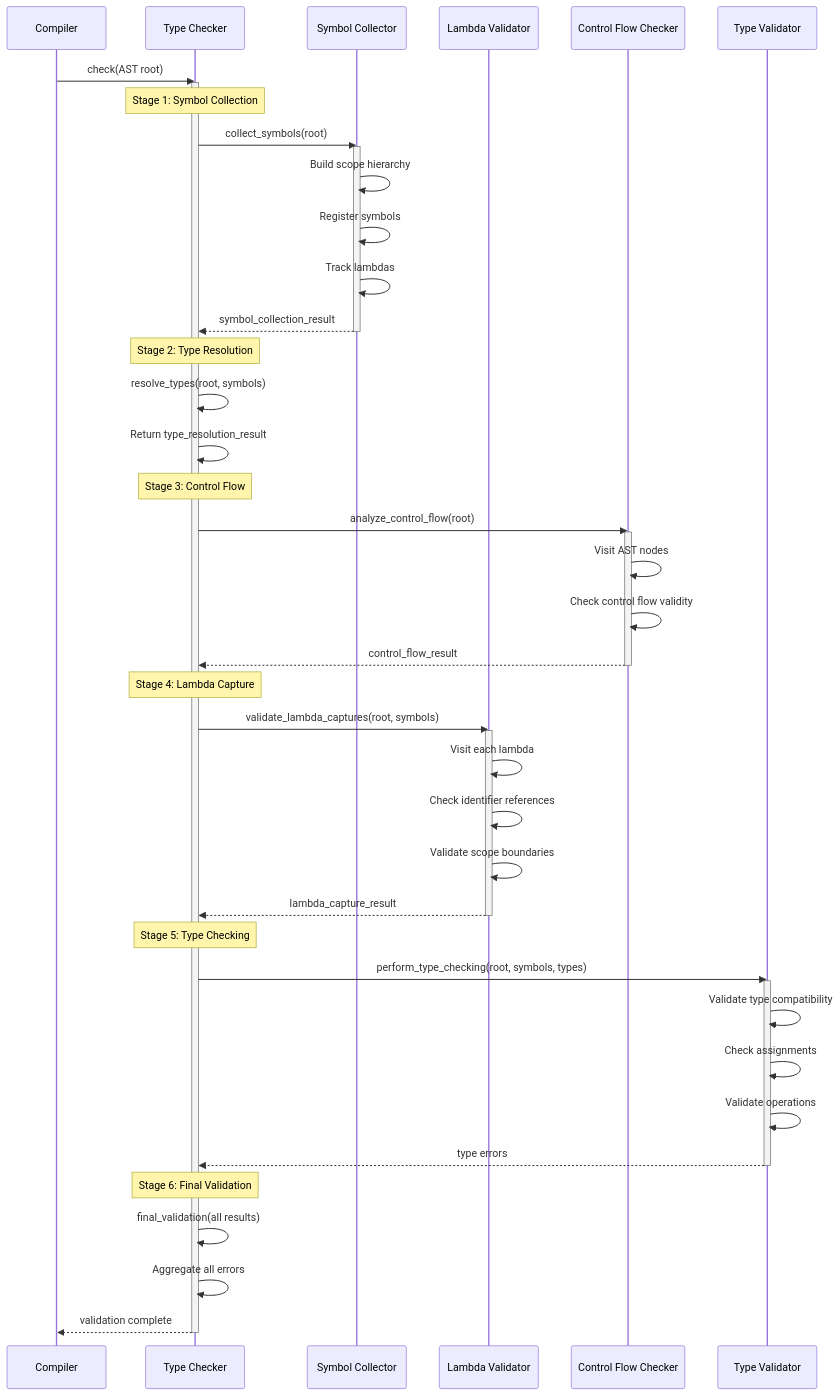
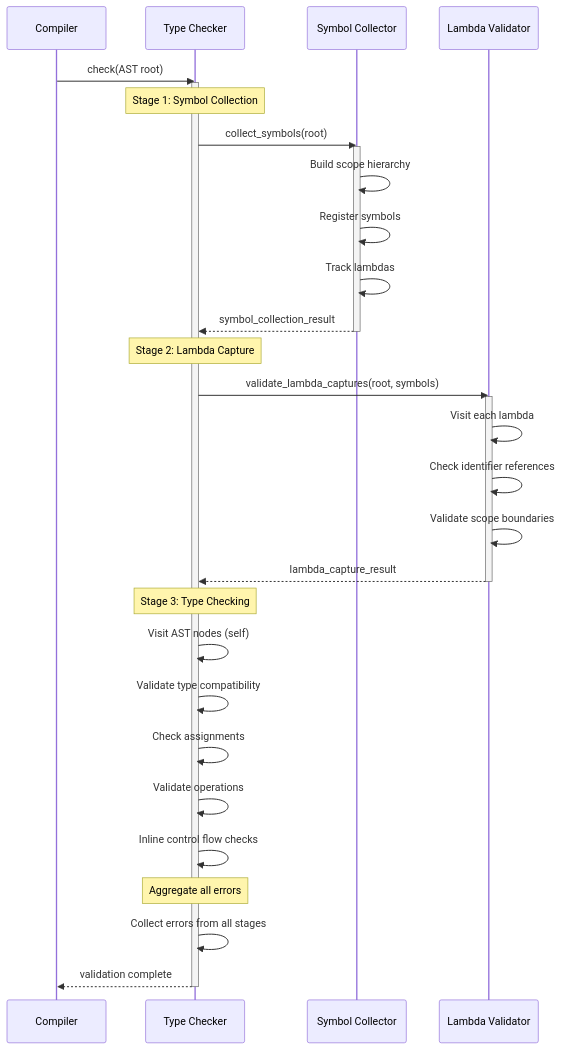
One commit to bosley/truk changed the second of 9 diagrams in docs/impl/typechecker.md. Above: the diagram before and after it, drawn with Mermaid. The commit also changed other lines of this file and 2 other files, not shown here.

````diff
--- a/docs/impl/typechecker.md
+++ b/docs/impl/typechecker.md
@@ -33,58 +27,41 @@
 ```mermaid
 sequenceDiagram
     participant Client as Compiler
     participant TC as Type Checker
     participant SC as Symbol Collector
     participant LV as Lambda Validator
-    participant CF as Control Flow Checker
-    participant TV as Type Validator
     
     Client->>TC: check(AST root)
     activate TC
     
     Note over TC: Stage 1: Symbol Collection
     TC->>SC: collect_symbols(root)
     activate SC
     SC->>SC: Build scope hierarchy
     SC->>SC: Register symbols
     SC->>SC: Track lambdas
     SC-->>TC: symbol_collection_result
     deactivate SC
     
-    Note over TC: Stage 2: Type Resolution
-    TC->>TC: resolve_types(root, symbols)
-    TC->>TC: Return type_resolution_result
-    
-    Note over TC: Stage 3: Control Flow
-    TC->>CF: analyze_control_flow(root)
-    activate CF
-    CF->>CF: Visit AST nodes
-    CF->>CF: Check control flow validity
-    CF-->>TC: control_flow_result
-    deactivate CF
-    
-    Note over TC: Stage 4: Lambda Capture
+    Note over TC: Stage 2: Lambda Capture
     TC->>LV: validate_lambda_captures(root, symbols)
     activate LV
     LV->>LV: Visit each lambda
     LV->>LV: Check identifier references
     LV->>LV: Validate scope boundaries
     LV-->>TC: lambda_capture_result
     deactivate LV
     
-    Note over TC: Stage 5: Type Checking
-    TC->>TV: perform_type_checking(root, symbols, types)
-    activate TV
-    TV->>TV: Validate type compatibility
-    TV->>TV: Check assignments
-    TV->>TV: Validate operations
-    TV-->>TC: type errors
-    deactivate TV
+    Note over TC: Stage 3: Type Checking
+    TC->>TC: Visit AST nodes (self)
+    TC->>TC: Validate type compatibility
+    TC->>TC: Check assignments
+    TC->>TC: Validate operations
+    TC->>TC: Inline control flow checks
     
-    Note over TC: Stage 6: Final Validation
-    TC->>TC: final_validation(all results)
-    TC->>TC: Aggregate all errors
+    Note over TC: Aggregate all errors
+    TC->>TC: Collect errors from all stages
     
     TC-->>Client: validation complete
     deactivate TC
 ```
````
